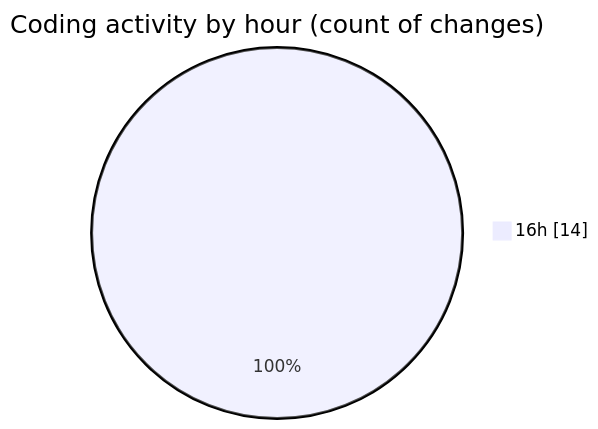
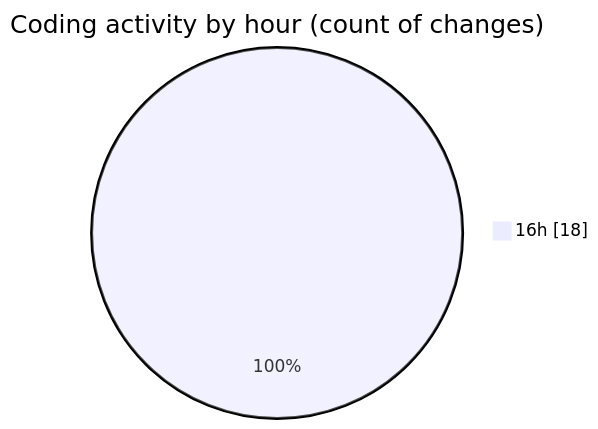
Before and after one commit to MatusMokan/code-tracking: the second of 2 diagrams in 2025-12-22/kartogramy/README.md, drawn with Mermaid. The commit also changed other lines of this file and 1 other file, not shown here.

````diff
--- a/2025-12-22/kartogramy/README.md
+++ b/2025-12-22/kartogramy/README.md
@@ -28,5 +28,5 @@
 ```mermaid
 pie showData
 title Coding activity by hour (count of changes)
-"16h" : 14
+"16h" : 18
 ```
````
